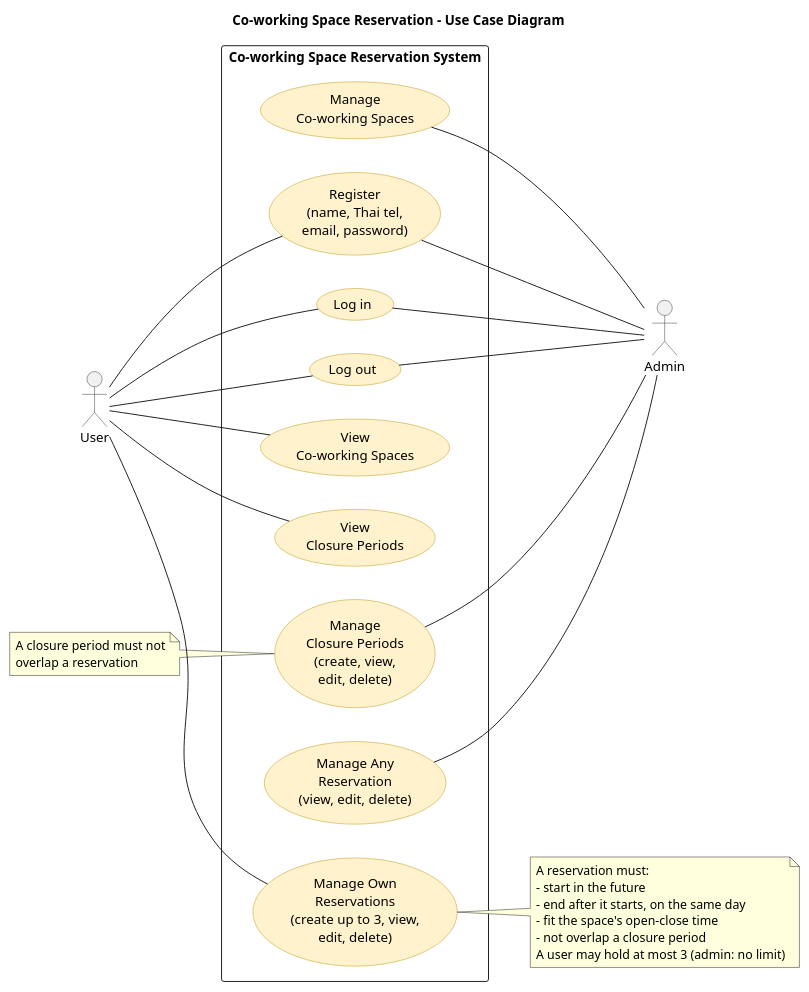
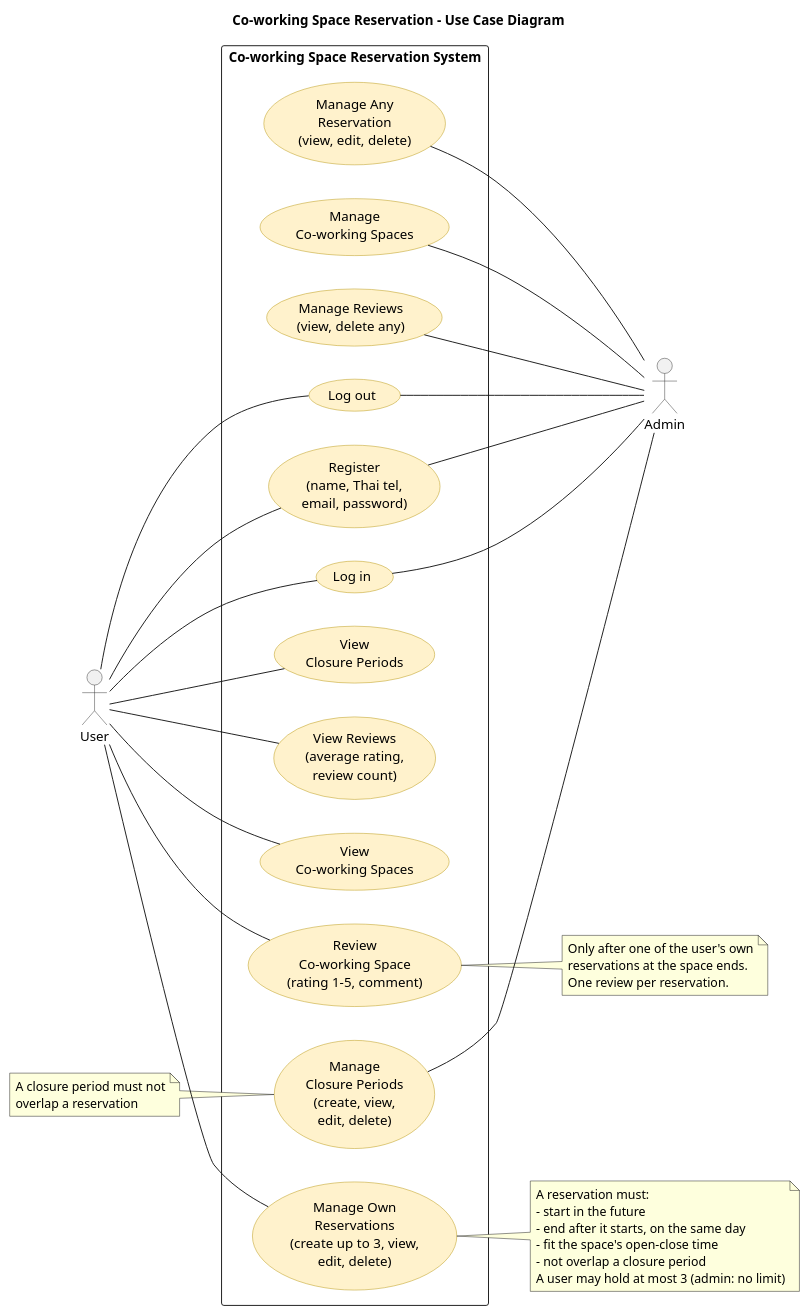
Before and after one commit to TonBoonchai/Co-working-Space-Reservation: the diagram in docs/diagrams/usecase.puml, drawn with PlantUML. The commit also changed 20 other files, not shown here.

First line of the commit message:
feat: add reviews and ratings for co-working spaces (#4)

```diff
--- a/docs/diagrams/usecase.puml
+++ b/docs/diagrams/usecase.puml
@@ -1,53 +1,65 @@
 @startuml
 title Co-working Space Reservation - Use Case Diagram
 left to right direction
 skinparam packageStyle rectangle
 skinparam usecase {
   BackgroundColor #FFF2CC
   BorderColor #B7950B
 }
 skinparam actorBorderColor #333333
 
 actor "User" as user
 actor "Admin" as admin
 
 rectangle "Co-working Space Reservation System" {
   usecase "Register\n(name, Thai tel,\nemail, password)" as register
   usecase "Log in" as login
   usecase "Log out" as logout
   usecase "View\nCo-working Spaces" as viewSpaces
   usecase "View\nClosure Periods" as viewClosures
+  usecase "View Reviews\n(average rating,\nreview count)" as viewReviews
+  usecase "Review\nCo-working Space\n(rating 1-5, comment)" as review
   usecase "Manage Own\nReservations\n(create up to 3, view,\nedit, delete)" as manageOwn
   usecase "Manage Any\nReservation\n(view, edit, delete)" as manageAny
   usecase "Manage\nCo-working Spaces" as manageSpaces
   usecase "Manage\nClosure Periods\n(create, view,\nedit, delete)" as manageClosures
+  usecase "Manage Reviews\n(view, delete any)" as manageReviews
 }
 
 user -- register
 user -- login
 user -- logout
 user -- viewSpaces
 user -- viewClosures
 user -- manageOwn
+user -- viewReviews
+user -- review
 
 register -- admin
 login -- admin
 logout -- admin
 manageAny -- admin
 manageSpaces -- admin
 manageClosures -- admin
+manageReviews -- admin
 
 note right of manageOwn
   A reservation must:
   - start in the future
   - end after it starts, on the same day
   - fit the space's open-close time
   - not overlap a closure period
   A user may hold at most 3 (admin: no limit)
 end note
 
+note right of review
+  Only after one of the user's own
+  reservations at the space ends.
+  One review per reservation.
+end note
+
 note left of manageClosures
   A closure period must not
   overlap a reservation
 end note
 @enduml
```
